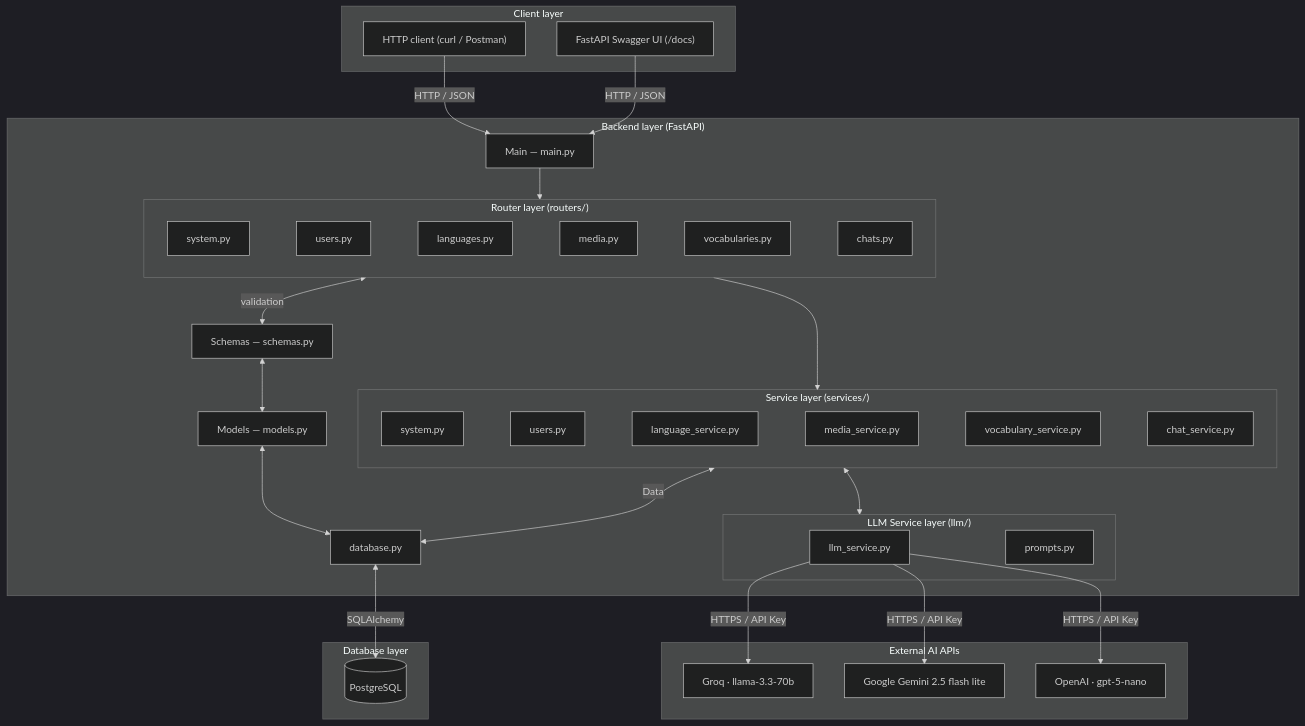
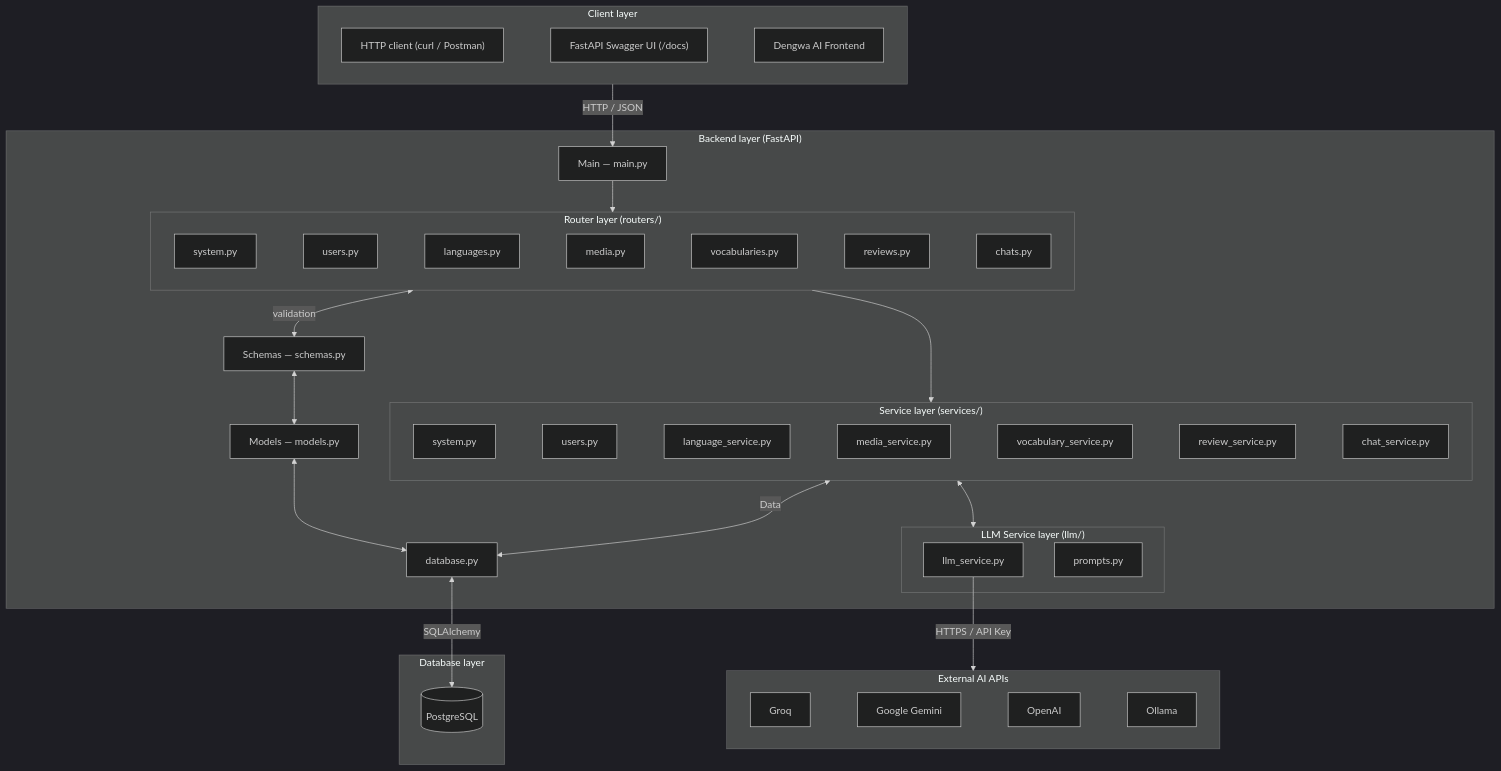
One commit to BurkhardtJan/Dengwa-AI changed the first of 2 diagrams in README.md. Above: the diagram before and after it, drawn with Mermaid (dark theme). The commit also changed other lines of this file and 3 other files, not shown here.

````diff
--- a/README.md
+++ b/README.md
@@ -215,75 +171,80 @@
 ```mermaid
 graph TB
     subgraph Client["Client layer"]
         HTTP["HTTP client (curl / Postman)"]
         Swagger["FastAPI Swagger UI (/docs)"]
+        Frontend["Dengwa AI Frontend"]
+        HTTP ~~~ Swagger ~~~ Frontend
     end
 
     subgraph Backend["Backend layer (FastAPI)"]
         Controller["Main — main.py"]
         Schemas["Schemas — schemas.py"]
         Models["Models — models.py"]
         Database["database.py"]
 
         subgraph Routers["Router layer (routers/)"]
             direction LR
             SystemRouter["system.py"]
             UserRouter["users.py"]
             LanguageRouter["languages.py"]
             MediaRouter["media.py"]
             VocabRouter["vocabularies.py"]
+            ReviewRouter["reviews.py"]
             ChatRouter["chats.py"]
             SystemRouter ~~~ UserRouter
             UserRouter ~~~ LanguageRouter
             LanguageRouter ~~~ MediaRouter
             MediaRouter ~~~ VocabRouter
-            VocabRouter ~~~ ChatRouter
+            VocabRouter ~~~ ReviewRouter
+            ReviewRouter ~~~ ChatRouter
         end
 
         subgraph Services["Service layer (services/)"]
             direction LR
             System["system.py"]
             Users["users.py"]
             Language["language_service.py"]
             Media["media_service.py"]
             Vocab["vocabulary_service.py"]
+            Review["review_service.py"]
             Chat["chat_service.py"]
             System ~~~ Users
             Users ~~~ Language
             Language ~~~ Media
             Media ~~~ Vocab
-            Vocab ~~~ Chat
+            Vocab ~~~ Review
+            Review ~~~ Chat
         end
         subgraph LLMServices["LLM Service layer (llm/)"]
             LLM["llm_service.py"]
             Prompts["prompts.py"]
         end
 
         Controller --> Routers
         Routers <-->|validation| Schemas
         Services <-->|Data| Database
         Routers --> Services
         Services <--> LLMServices
     end
 
     subgraph DB["Database layer"]
         Postgres[("PostgreSQL")]
     end
 
     subgraph AI["External AI APIs"]
-        Groq["Groq · llama-3.3-70b"]
-        Gemini["Google Gemini 2.5 flash lite"]
-        OpenAI["OpenAI · gpt-5-nano"]
+        Groq["Groq"]
+        Gemini["Google Gemini"]
+        OpenAI["OpenAI"]
+        Ollama["Ollama"]
+        Groq ~~~ Gemini ~~~ OpenAI ~~~ Ollama
     end
 
-    HTTP -->|HTTP / JSON| Controller
-    Swagger -->|HTTP / JSON| Controller
-    LLM -->|HTTPS / API Key| Groq
-    LLM -->|HTTPS / API Key| Gemini
-    LLM -->|HTTPS / API Key| OpenAI
+    Client -->|HTTP / JSON| Controller
+    LLM -->|HTTPS / API Key| AI
     Schemas <--> Models
     Models <--> Database
     Database <-->|SQLAlchemy| Postgres
 
 
 ```
````
